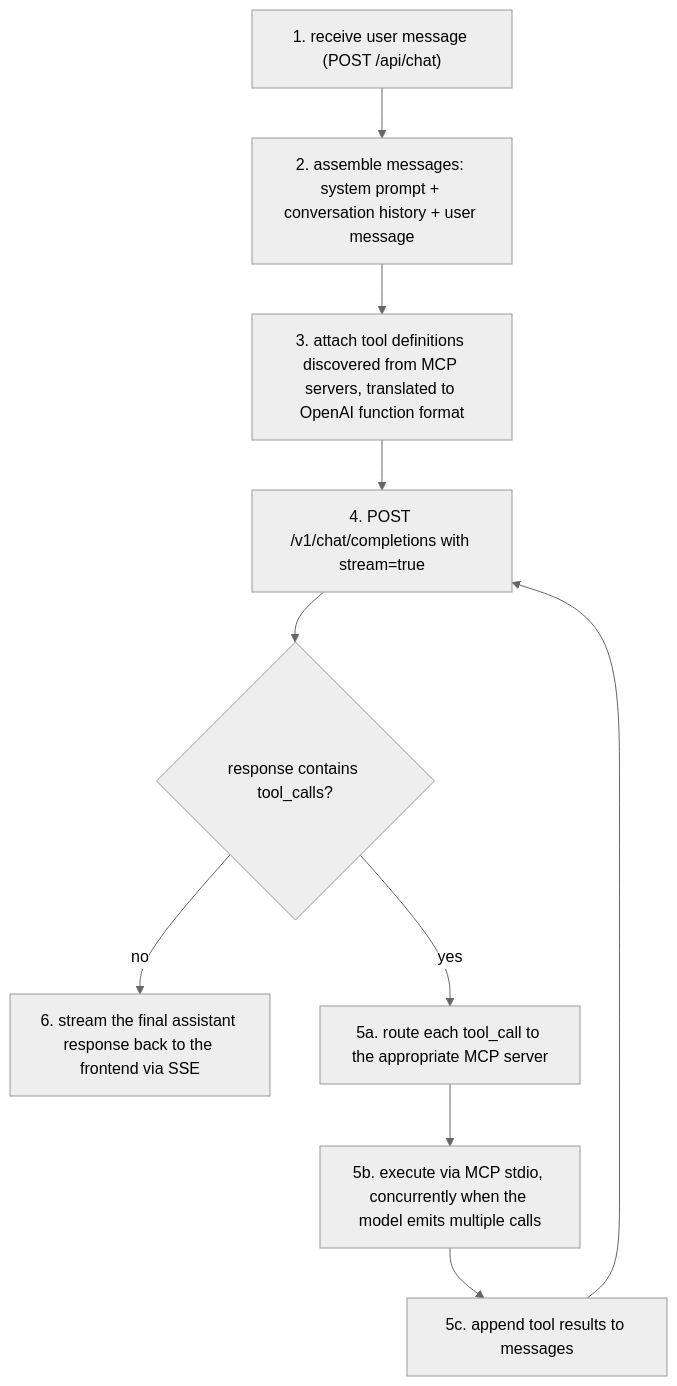
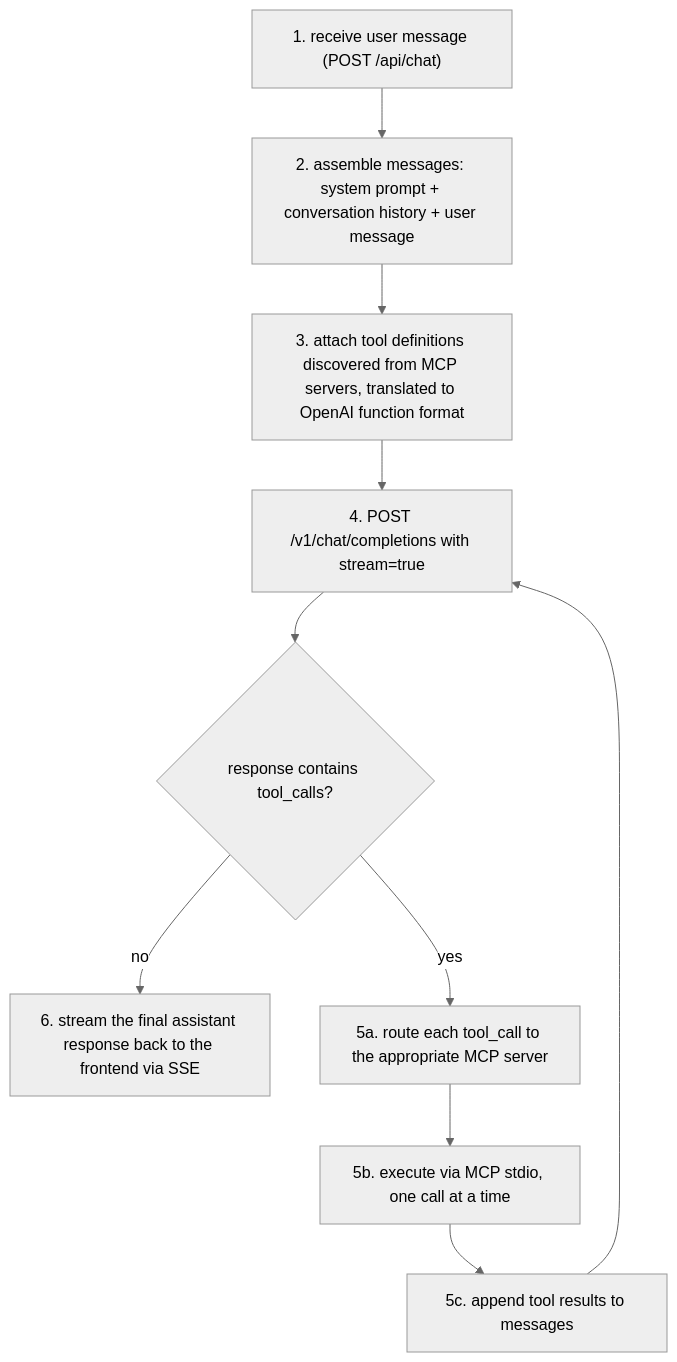
One commit to michaelquigley/pane changed the third of 4 diagrams in docs/current/pane.md. Above: the diagram before and after it, drawn with Mermaid (neutral theme). The commit also changed other lines of this file and 75 other files, not shown here.

````diff
--- a/docs/current/pane.md
+++ b/docs/current/pane.md
@@ -54,12 +54,12 @@
 ```mermaid
 flowchart TD
     a["1. receive user message (POST /api/chat)"] --> b["2. assemble messages: system prompt + conversation history + user message"]
     b --> c["3. attach tool definitions discovered from MCP servers, translated to OpenAI function format"]
     c --> d["4. POST /v1/chat/completions with stream=true"]
     d --> e{"response contains tool_calls?"}
     e -- "no" --> f["6. stream the final assistant response back to the frontend via SSE"]
     e -- "yes" --> g["5a. route each tool_call to the appropriate MCP server"]
-    g --> h["5b. execute via MCP stdio, concurrently when the model emits multiple calls"]
+    g --> h["5b. execute via MCP stdio, one call at a time"]
     h --> i["5c. append tool results to messages"]
     i --> d
 ```
````
